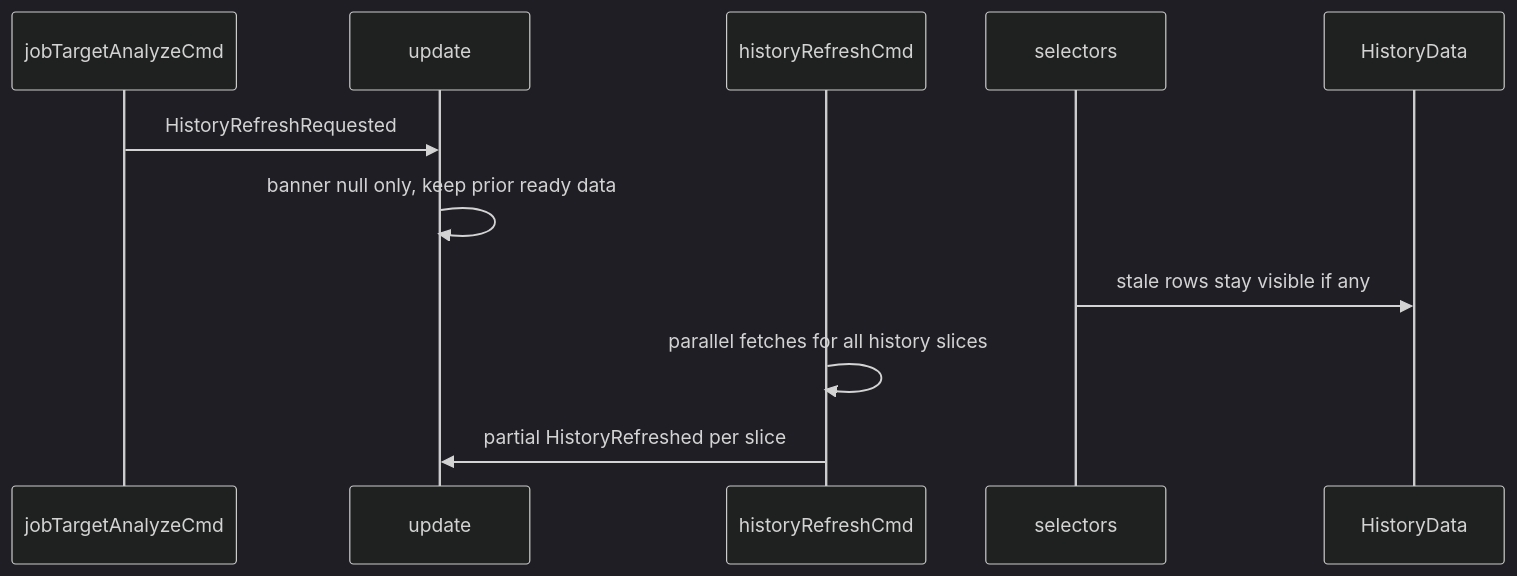
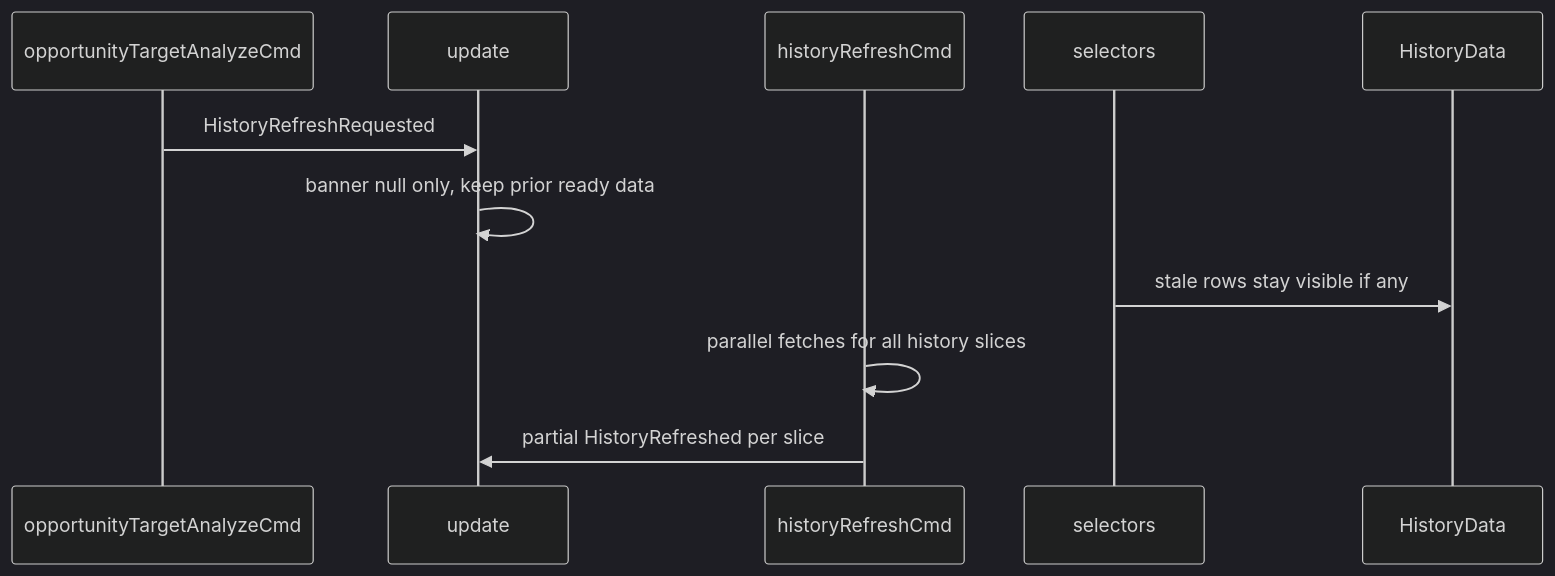
One commit to p10ns11y/collab-finder changed the fourth of 16 diagrams in reports/batch-2-engineering-blueprints.md. Above: the diagram before and after it, drawn with Mermaid (dark theme). The commit also changed other lines of this file and 31 other files, not shown here.

First line of the commit message:
chore: deepest clean of legacy terminology (Job/JobTarget -> Opportunity/Target, Hunt -> Xplore)

````diff
--- a/reports/batch-2-engineering-blueprints.md
+++ b/reports/batch-2-engineering-blueprints.md
@@ -108,14 +108,14 @@
 ```mermaid
 sequenceDiagram
-  participant Job as jobTargetAnalyzeCmd
+  participant Job as opportunityTargetAnalyzeCmd
   participant U as update
   participant E as historyRefreshCmd
   participant Sel as selectors
   participant UI as HistoryData
 
   Job->>U: HistoryRefreshRequested
   U->>U: banner null only, keep prior ready data
   Sel->>UI: stale rows stay visible if any
   E->>E: parallel fetches for all history slices
   E->>U: partial HistoryRefreshed per slice
 ```
````
